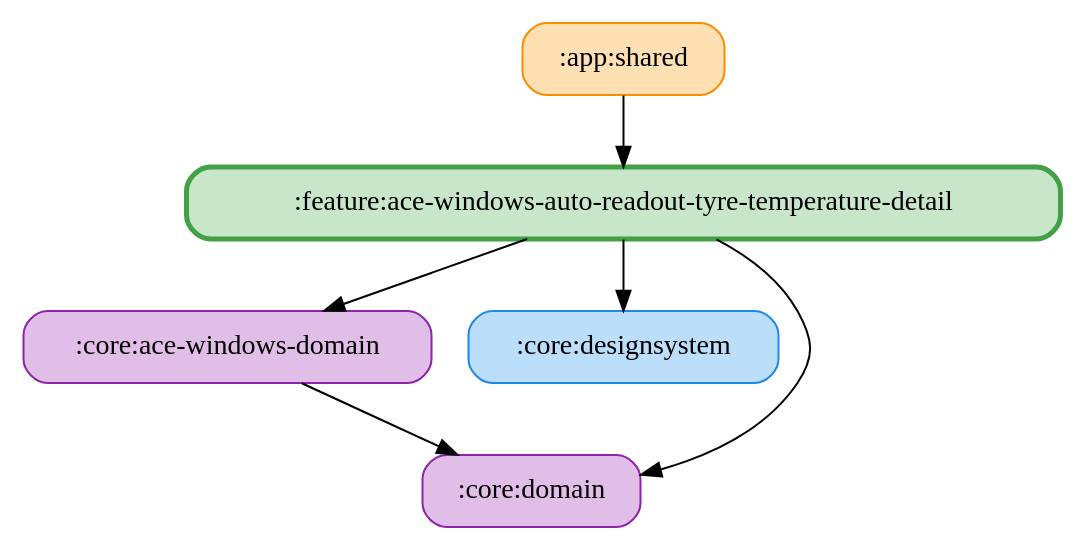
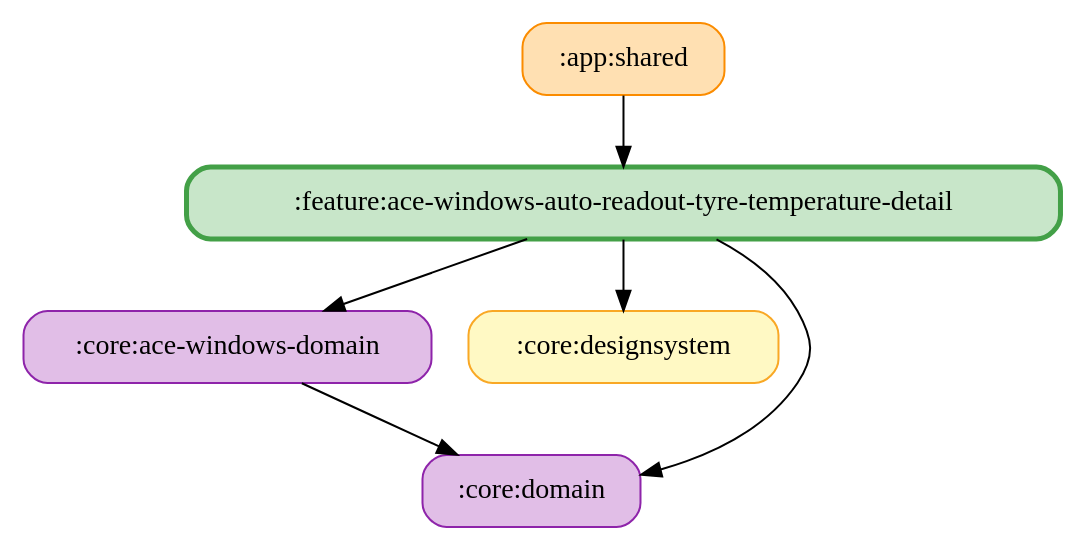
One commit to ai-kurou/KoDriver changed the diagram in docs/graphs/feature-ace-windows-auto-readout-tyre-temperature-detail.gv. Above: the diagram before and after it, drawn with Graphviz. The commit also changed 109 other files, not shown here.

Commit message:
chore: update module graph images

```diff
--- a/docs/graphs/feature-ace-windows-auto-readout-tyre-temperature-detail.gv
+++ b/docs/graphs/feature-ace-windows-auto-readout-tyre-temperature-detail.gv
@@ -1,14 +1,14 @@
 digraph G {
   rankdir=TB
   node [shape=box, style="rounded,filled"]
   ":app:shared" [fillcolor="#FFE0B2", color="#FB8C00", penwidth=1]
   ":core:ace-windows-domain" [fillcolor="#E1BEE7", color="#8E24AA", penwidth=1]
-  ":core:designsystem" [fillcolor="#BBDEFB", color="#1E88E5", penwidth=1]
+  ":core:designsystem" [fillcolor="#FFF9C4", color="#F9A825", penwidth=1]
   ":core:domain" [fillcolor="#E1BEE7", color="#8E24AA", penwidth=1]
   ":feature:ace-windows-auto-readout-tyre-temperature-detail" [fillcolor="#C8E6C9", color="#43A047", penwidth=2.5]
   ":app:shared" -> ":feature:ace-windows-auto-readout-tyre-temperature-detail"
   ":core:ace-windows-domain" -> ":core:domain"
   ":feature:ace-windows-auto-readout-tyre-temperature-detail" -> ":core:domain"
   ":feature:ace-windows-auto-readout-tyre-temperature-detail" -> ":core:designsystem"
   ":feature:ace-windows-auto-readout-tyre-temperature-detail" -> ":core:ace-windows-domain"
 }
```
